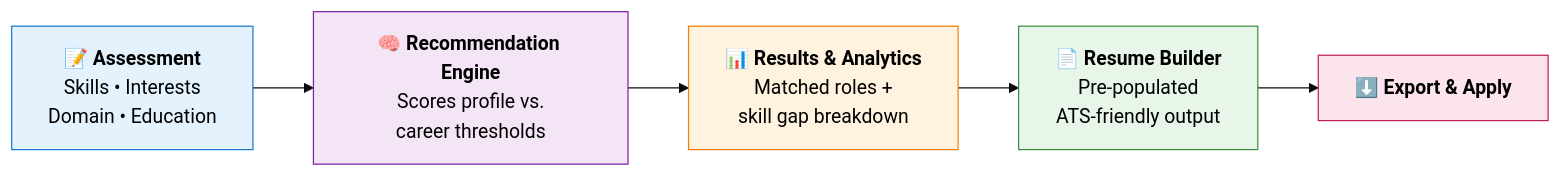
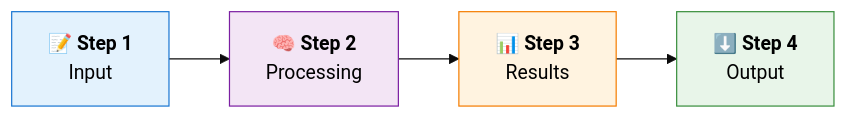
Before and after one commit to Bharath-B2411/futurepathx-career-recommender: the diagram in README.md, drawn with Mermaid (base theme). The commit also changed other lines of this file, not shown here.

````diff
--- a/README.md
+++ b/README.md
@@ -125,13 +142,11 @@
 ```mermaid
 flowchart LR
-    A["📝 <b>Assessment</b><br/>Skills • Interests<br/>Domain • Education"] --> B["🧠 <b>Recommendation Engine</b><br/>Scores profile vs.<br/>career thresholds"]
-    B --> C["📊 <b>Results & Analytics</b><br/>Matched roles +<br/>skill gap breakdown"]
-    C --> D["📄 <b>Resume Builder</b><br/>Pre-populated<br/>ATS-friendly output"]
-    D --> E["⬇️ <b>Export & Apply</b>"]
+    A["📝 <b>Step 1</b><br/>Input"] --> B["🧠 <b>Step 2</b><br/>Processing"]
+    B --> C["📊 <b>Step 3</b><br/>Results"]
+    C --> D["⬇️ <b>Step 4</b><br/>Output"]
 
     style A fill:#e3f2fd,stroke:#1976d2,color:#000
     style B fill:#f3e5f5,stroke:#7b1fa2,color:#000
     style C fill:#fff3e0,stroke:#f57c00,color:#000
     style D fill:#e8f5e9,stroke:#388e3c,color:#000
-    style E fill:#fce4ec,stroke:#c2185b,color:#000
 ```
````
